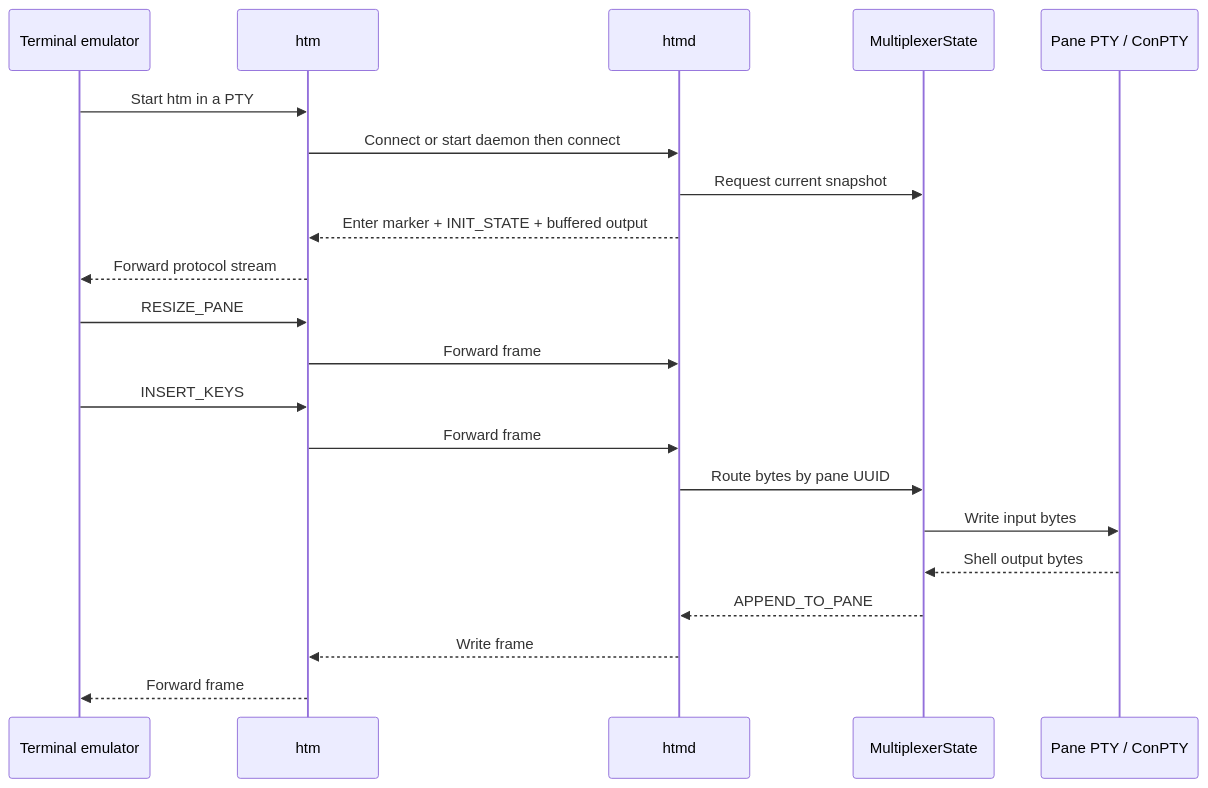
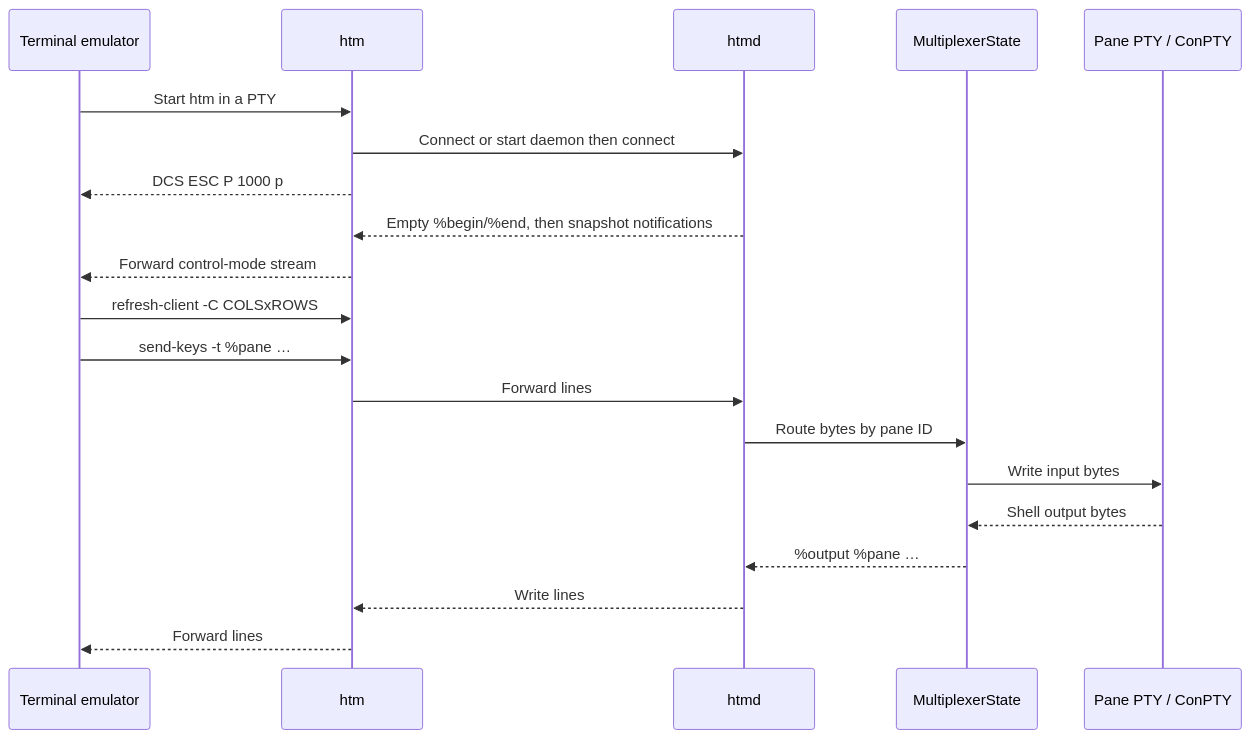
One commit to MisterTea/EternalTerminal changed the second of 3 diagrams in docs/htm-design.md. Above: the diagram before and after it, drawn with Mermaid. The commit also changed other lines of this file and 23 other files, not shown here.

First line of the commit message:
Align HTM with tmux 3.x clients and document the control-mode protocol.

````diff
--- a/docs/htm-design.md
+++ b/docs/htm-design.md
@@ -147,24 +154,23 @@
 ```mermaid
 sequenceDiagram
     participant T as Terminal emulator
     participant H as htm
     participant D as htmd
     participant M as MultiplexerState
     participant P as Pane PTY / ConPTY
 
     T->>H: Start htm in a PTY
     H->>D: Connect or start daemon then connect
-    D->>M: Request current snapshot
-    D-->>H: Enter marker + INIT_STATE + buffered output
-    H-->>T: Forward protocol stream
-    T->>H: RESIZE_PANE
-    H->>D: Forward frame
-    T->>H: INSERT_KEYS
-    H->>D: Forward frame
-    D->>M: Route bytes by pane UUID
+    H-->>T: DCS ESC P 1000 p
+    D-->>H: Empty %begin/%end, then snapshot notifications
+    H-->>T: Forward control-mode stream
+    T->>H: refresh-client -C COLSxROWS
+    T->>H: send-keys -t %pane …
+    H->>D: Forward lines
+    D->>M: Route bytes by pane ID
     M->>P: Write input bytes
     P-->>M: Shell output bytes
-    M-->>D: APPEND_TO_PANE
-    D-->>H: Write frame
-    H-->>T: Forward frame
+    M-->>D: %output %pane …
+    D-->>H: Write lines
+    H-->>T: Forward lines
 ```
````
